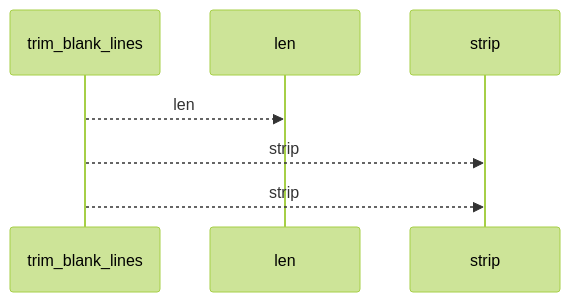
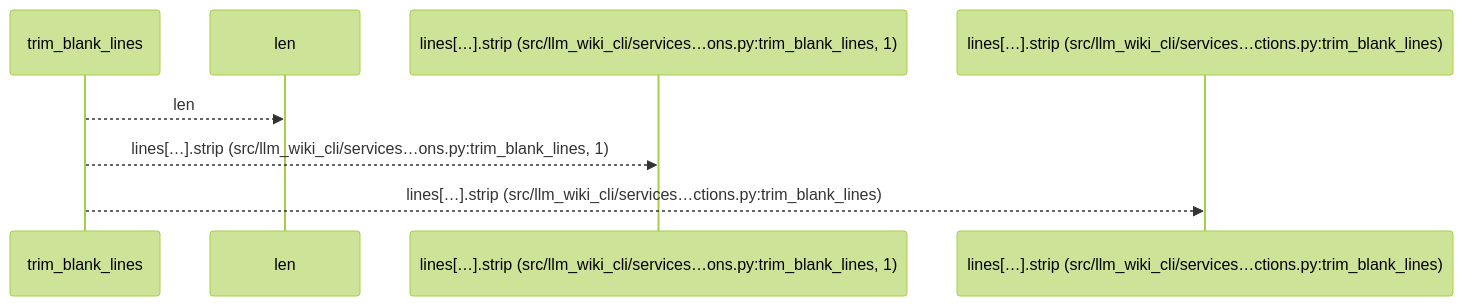
One commit to Denissvgn/python-wiki-llm changed the first of 2 diagrams in docs/llm_wiki/flows/api-trim_blank_lines.md. Above: the diagram before and after it, drawn with Mermaid (forest theme). The commit also changed other lines of this file and 719 other files, not shown here.

````diff
--- a/docs/llm_wiki/flows/api-trim_blank_lines.md
+++ b/docs/llm_wiki/flows/api-trim_blank_lines.md
@@ -10,9 +10,10 @@
 ```mermaid
 sequenceDiagram
     participant p0 as trim_blank_lines
     participant p1 as len
-    participant p2 as strip
+    participant p2 as lines[…].strip (src/llm_wiki_cli/services…ons.py:trim_blank_lines, 1)
+    participant p3 as lines[…].strip (src/llm_wiki_cli/services…ctions.py:trim_blank_lines)
     p0-->>p1: len
-    p0-->>p2: strip
-    p0-->>p2: strip
+    p0-->>p2: lines[…].strip (src/llm_wiki_cli/services…ons.py:trim_blank_lines, 1)
+    p0-->>p3: lines[…].strip (src/llm_wiki_cli/services…ctions.py:trim_blank_lines)
 ```
````
